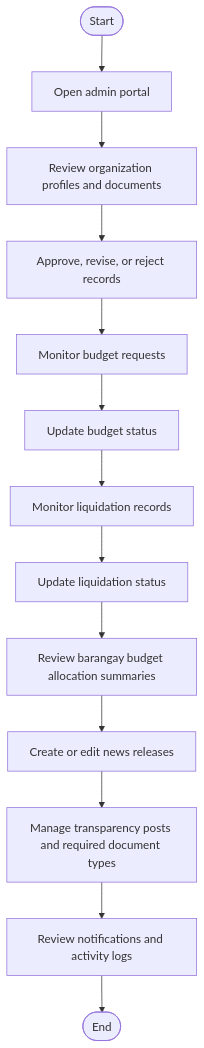
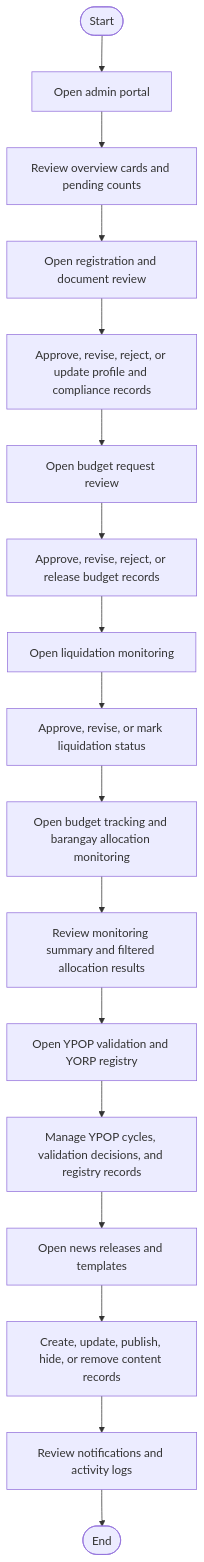
One commit to txiaoqt/lydo-connect-org-focused changed the third of 3 diagrams in Methodology/3.2.1-Activity-Diagram.md. Above: the diagram before and after it, drawn with Mermaid. The commit also changed other lines of this file and 4 other files, not shown here.

````diff
--- a/Methodology/3.2.1-Activity-Diagram.md
+++ b/Methodology/3.2.1-Activity-Diagram.md
@@ -44,15 +56,19 @@
 ```mermaid
 flowchart TD
     A([Start]) --> B["Open admin portal"]
-    B --> C["Review organization profiles and documents"]
-    C --> D["Approve, revise, or reject records"]
-    D --> E["Monitor budget requests"]
-    E --> F["Update budget status"]
-    F --> G["Monitor liquidation records"]
-    G --> H["Update liquidation status"]
-    H --> I["Review barangay budget allocation summaries"]
-    I --> J["Create or edit news releases"]
-    J --> K["Manage transparency posts and required document types"]
-    K --> L["Review notifications and activity logs"]
-    L --> M([End])
+    B --> C["Review overview cards and pending counts"]
+    C --> D["Open registration and document review"]
+    D --> E["Approve, revise, reject, or update profile and compliance records"]
+    E --> F["Open budget request review"]
+    F --> G["Approve, revise, reject, or release budget records"]
+    G --> H["Open liquidation monitoring"]
+    H --> I["Approve, revise, or mark liquidation status"]
+    I --> J["Open budget tracking and barangay allocation monitoring"]
+    J --> K["Review monitoring summary and filtered allocation results"]
+    K --> L["Open YPOP validation and YORP registry"]
+    L --> M["Manage YPOP cycles, validation decisions, and registry records"]
+    M --> N["Open news releases and templates"]
+    N --> O["Create, update, publish, hide, or remove content records"]
+    O --> P["Review notifications and activity logs"]
+    P --> Q([End])
 ```
````
